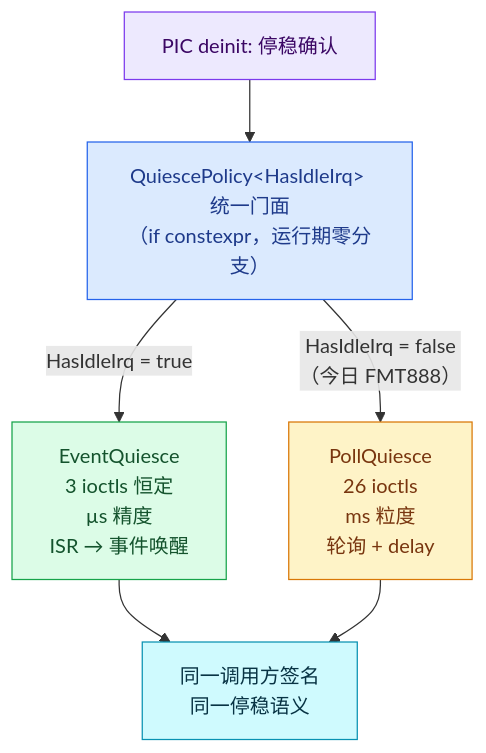
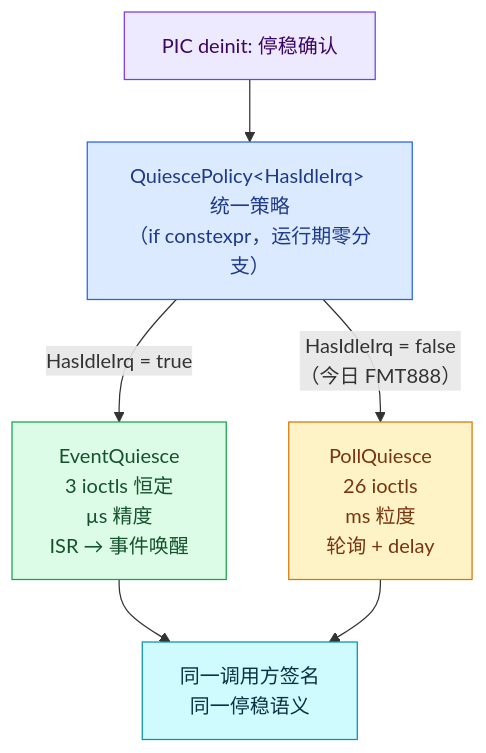
The tenth of 15 diagrams in docs/example_ISP_pipeline_design_consistency_avoidance_zh.md (DeguiLiu/coact), drawn with Mermaid before and after one commit. The commit also changed other lines of this file and 8 other files, not shown here.

````diff
--- a/docs/example_ISP_pipeline_design_consistency_avoidance_zh.md
+++ b/docs/example_ISP_pipeline_design_consistency_avoidance_zh.md
@@ -475,15 +499,15 @@
 ```mermaid
 flowchart TB
     DEINIT["PIC deinit: 停稳确认"]:::entry
-    UNIFIED["QuiescePolicy&lt;HasIdleIrq&gt; 统一门面<br/>（if constexpr，运行期零分支）"]:::unity
+    UNIFIED["QuiescePolicy&lt;HasIdleIrq&gt; 统一策略<br/>（if constexpr，运行期零分支）"]:::unity
     DEINIT --> UNIFIED
     UNIFIED -->|"HasIdleIrq = true"| EV["EventQuiesce<br/>3 ioctls 恒定<br/>µs 精度<br/>ISR → 事件唤醒"]:::ok
     UNIFIED -->|"HasIdleIrq = false<br/>（今日 FMT888）"| POLL["PollQuiesce<br/>26 ioctls<br/>ms 粒度<br/>轮询 + delay"]:::warn
     EV --> SAME["同一调用方签名<br/>同一停稳语义"]:::same
     POLL --> SAME
     classDef entry fill:#ede9fe,stroke:#7c3aed,color:#3b0764
     classDef unity fill:#dbeafe,stroke:#2563eb,color:#1e3a8a
     classDef ok fill:#dcfce7,stroke:#16a34a,color:#14532d
     classDef warn fill:#fef3c7,stroke:#d97706,color:#78350f
     classDef same fill:#cffafe,stroke:#0891b2,color:#083344
 ```
````
